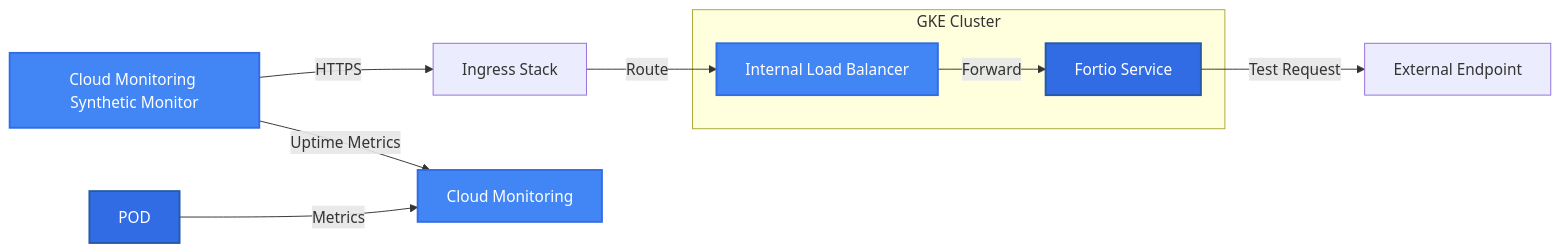
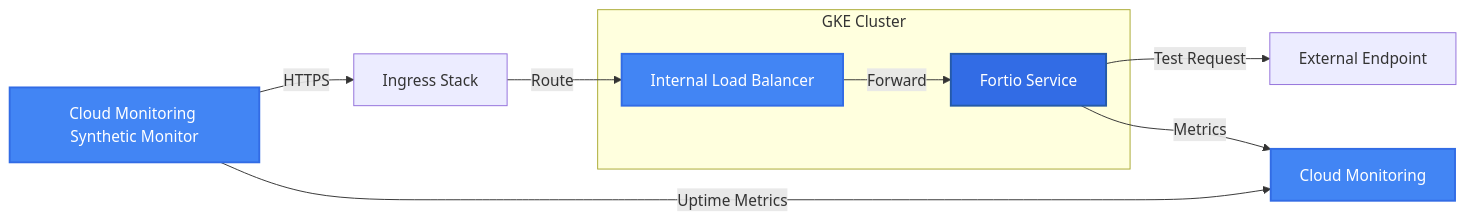
The diagram in 87-2024.12-gcp-synthetic-monitoring/README.md (olga-mir/experiments), drawn with Mermaid before and after one commit. The commit also changed other lines of this file, not shown here.

````diff
--- a/87-2024.12-gcp-synthetic-monitoring/README.md
+++ b/87-2024.12-gcp-synthetic-monitoring/README.md
@@ -16,21 +16,21 @@
 ```mermaid
 graph LR
     SM[Cloud Monitoring Synthetic Monitor] -->|HTTPS| ING[Ingress Stack]
     ING -->|Route| ILB[Internal Load Balancer]
     subgraph GKE Cluster
         ILB -->|Forward| SVC[Fortio Service]
     end
     SVC -->|Test Request| EXT[External Endpoint]
     
     %% Add monitoring flow
-    POD -->|Metrics| CM[Cloud Monitoring]
+    SVC -->|Metrics| CM[Cloud Monitoring]
     SM -->|Uptime Metrics| CM
     
     %% Styling
     classDef gcp fill:#4285f4,stroke:#326ce5,stroke-width:2px,color:white;
     class SM,WAF,GLB,ILB,CM gcp;
     classDef k8s fill:#326ce5,stroke:#255aa8,stroke-width:2px,color:white;
     class SVC,POD k8s;
     classDef ext fill:#f1f3f4,stroke:#999,stroke-width:1px;
     class INT ext;
 ```
````
